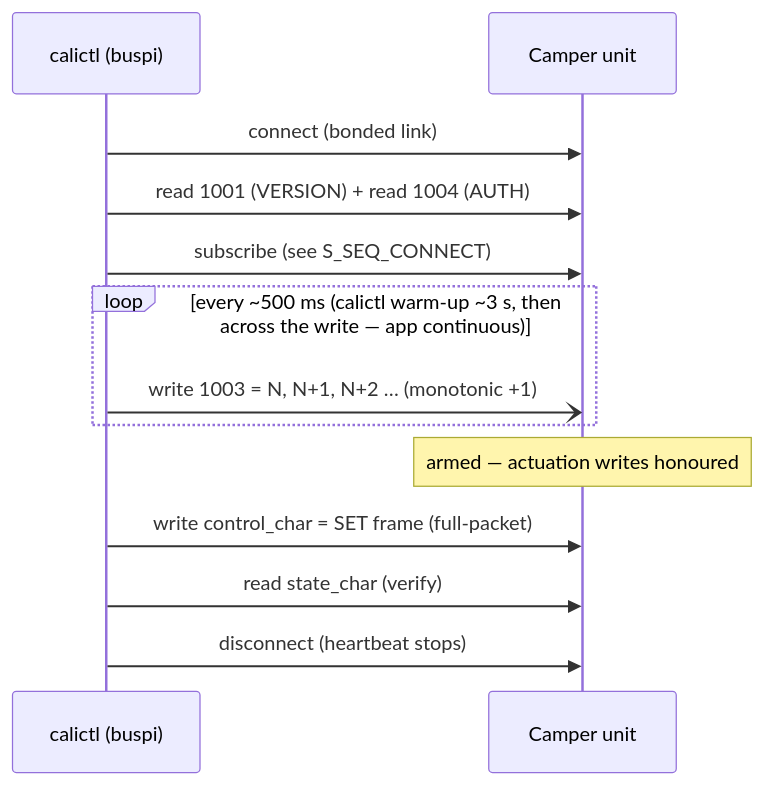
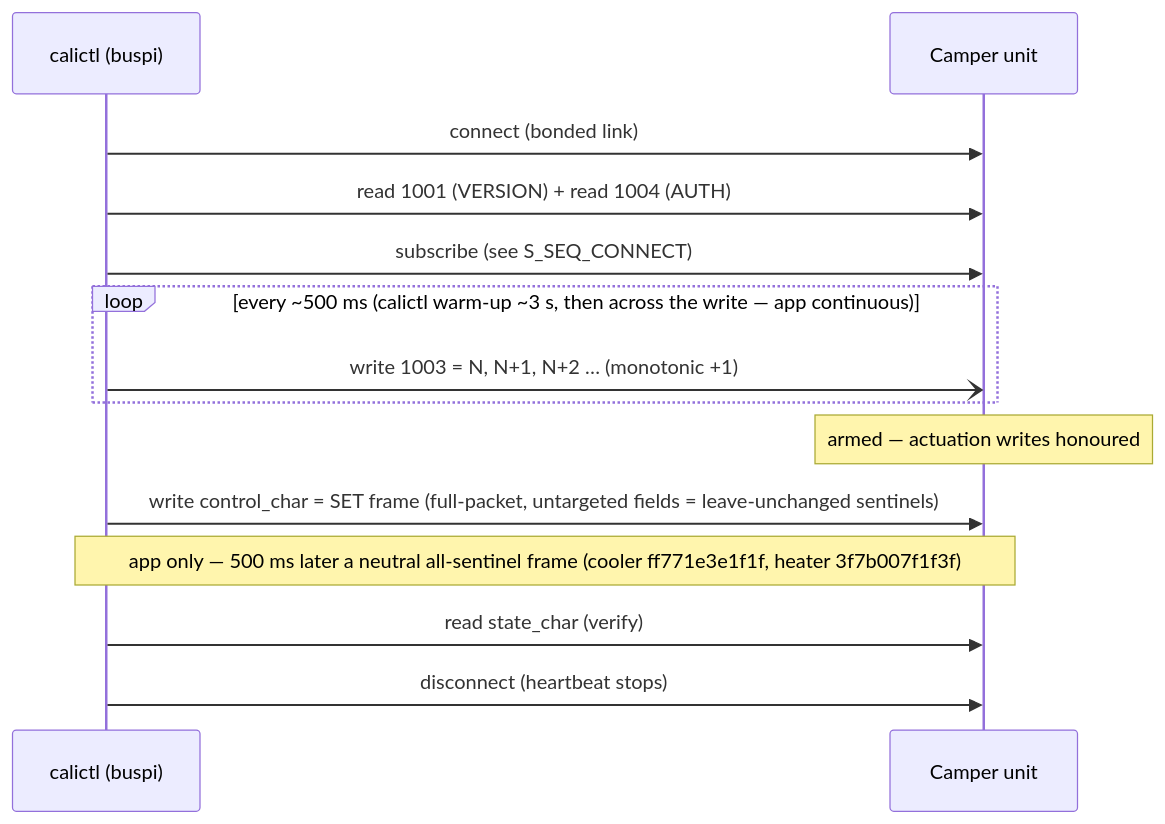
One commit to ckeller42/open-california changed the third of 8 diagrams in docs/protocol-sequences.rst. Above: the diagram before and after it, drawn with Mermaid. The commit also changed other lines of this file and 6 other files, not shown here.

```diff
--- a/docs/protocol-sequences.rst
+++ b/docs/protocol-sequences.rst
@@ -92,15 +107,16 @@
 .. mermaid::
 
     sequenceDiagram
         participant C as calictl (buspi)
         participant U as Camper unit
         C->>U: connect (bonded link)
         C->>U: read 1001 (VERSION) + read 1004 (AUTH)
         C->>U: subscribe (see S_SEQ_CONNECT)
         loop every ~500 ms (calictl warm-up ~3 s, then across the write — app continuous)
             C-)U: write 1003 = N, N+1, N+2 …  (monotonic +1)
         end
         Note over U: armed — actuation writes honoured
-        C->>U: write control_char = SET frame (full-packet)
+        C->>U: write control_char = SET frame (full-packet, untargeted fields = leave-unchanged sentinels)
+        Note over C,U: app only — 500 ms later a neutral all-sentinel frame (cooler ff771e3e1f1f, heater 3f7b007f1f3f)
         C->>U: read state_char (verify)
         C->>U: disconnect (heartbeat stops)
```
